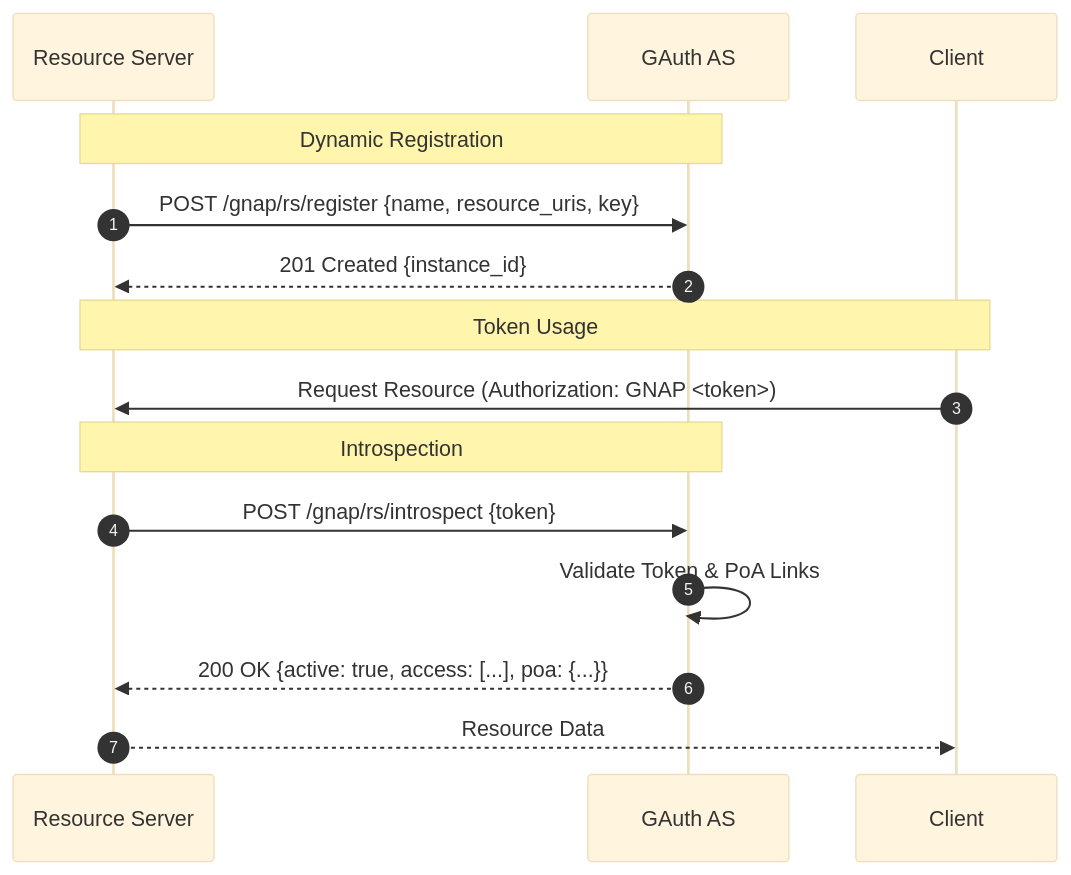
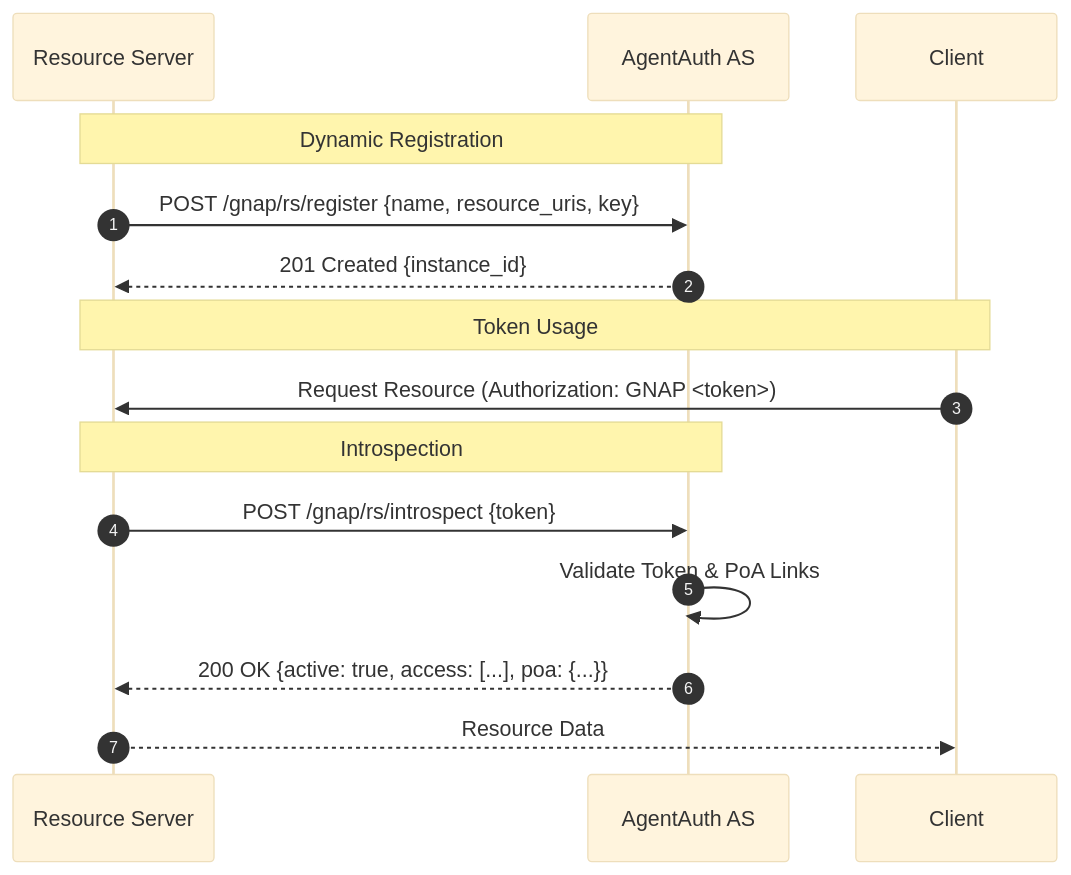
One commit to mauriciomferz/Gauth_go changed diagram 12 of 14 in docs/diagrams.md. Above: the diagram before and after it, drawn with Mermaid (base theme). The commit also changed other lines of this file and 1012 other files, not shown here.

Commit message:
legal: COMPLETE CLEAN ROOM SANITIZATION (Gimel -> AgentAuth)

````diff
--- a/docs/diagrams.md
+++ b/docs/diagrams.md
@@ -221,20 +221,20 @@
 ```mermaid
 sequenceDiagram
     autonumber
     participant RS as Resource Server
-    participant AS as GAuth AS
+    participant AS as AgentAuth AS
     participant Client
     
     Note over RS, AS: Dynamic Registration
     RS->>AS: POST /gnap/rs/register {name, resource_uris, key}
     AS-->>RS: 201 Created {instance_id}
     
     Note over RS, Client: Token Usage
     Client->>RS: Request Resource (Authorization: GNAP <token>)
     
     Note over RS, AS: Introspection
     RS->>AS: POST /gnap/rs/introspect {token}
     AS->>AS: Validate Token & PoA Links
     AS-->>RS: 200 OK {active: true, access: [...], poa: {...}}
     RS-->>Client: Resource Data
 ```
````
